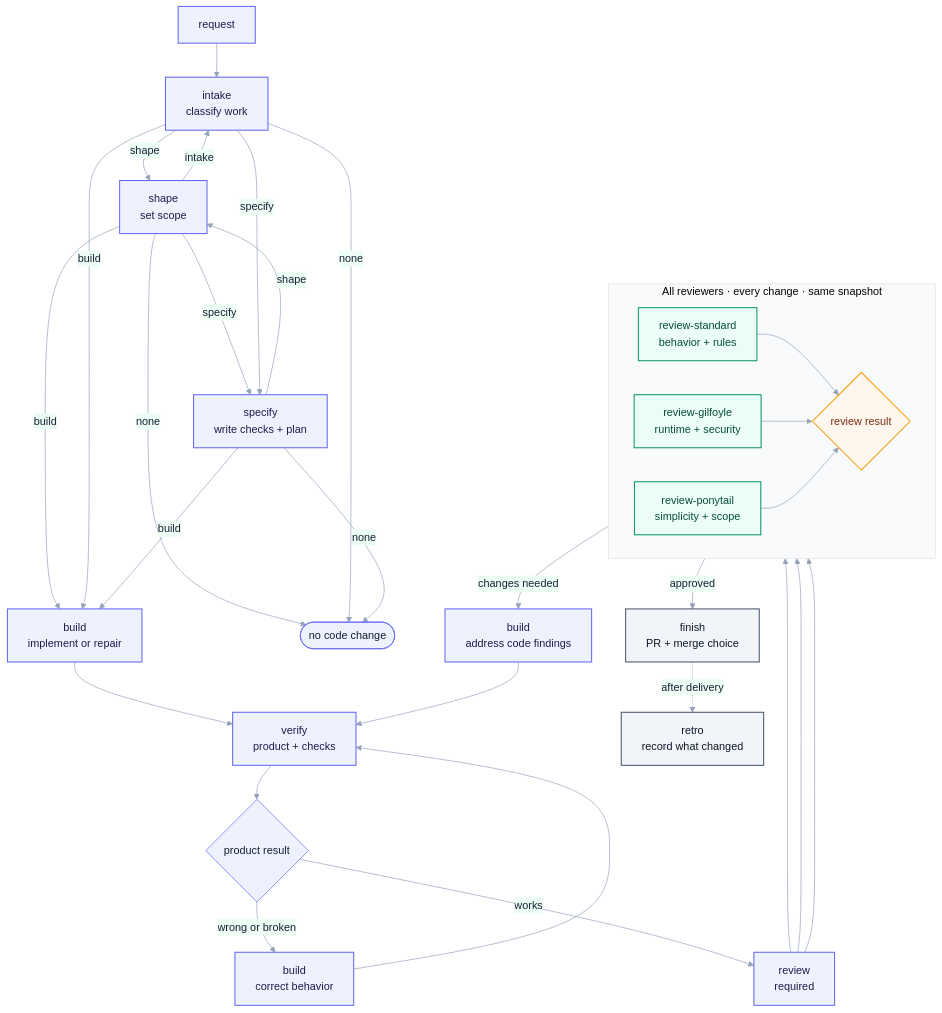
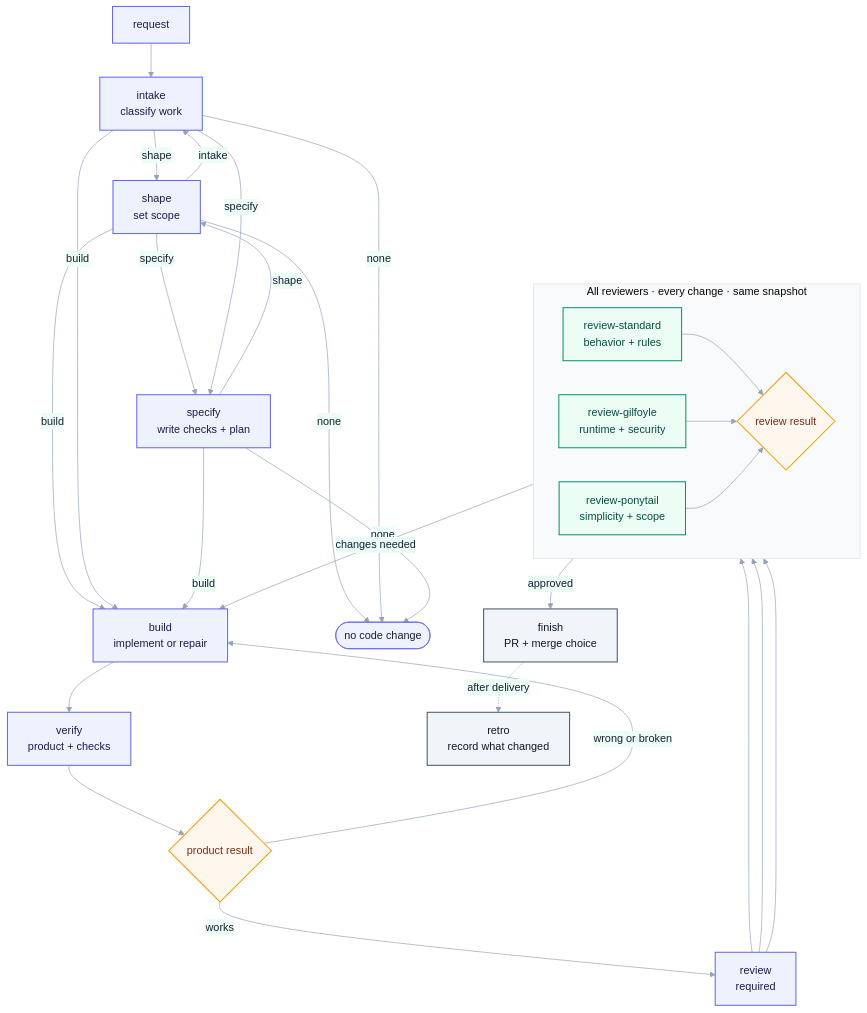
One commit to Igloczek/skills changed the second of 2 diagrams in README.md. Above: the diagram before and after it, drawn with Mermaid.

Commit message:
deduplicate workflow graph nodes

````diff
--- a/README.md
+++ b/README.md
@@ -123,55 +123,53 @@
 ```mermaid
 %%{init: {"theme":"base","themeVariables":{"fontFamily":"ui-sans-serif,system-ui,sans-serif","lineColor":"#94a3b8","primaryColor":"#eef2ff","primaryTextColor":"#172033","primaryBorderColor":"#6366f1","secondaryColor":"#ecfdf5","tertiaryColor":"#f8fafc"}}}%%
 flowchart TD
     request["request"] --> intake["intake<br/>classify work"]
 
     intake -->|shape| shape["shape<br/>set scope"]
     shape -->|intake| intake
     shape -->|specify| specify["specify<br/>write checks + plan"]
     shape -->|build| build["build<br/>implement or repair"]
     shape -->|none| done(["no code change"])
 
     intake -->|specify| specify
     intake -->|build| build
     intake -->|none| done
 
     specify -->|shape| shape
     specify -->|build| build
     specify -->|none| done
 
     build --> verify["verify<br/>product + checks"]
     verify --> verify_result{"product result"}
-    verify_result -->|wrong or broken| product_rework["build<br/>correct behavior"]
-    product_rework --> verify
+    verify_result -->|wrong or broken| build
     verify_result -->|works| review["review<br/>required"]
 
     subgraph review_stage["All reviewers · every change · same snapshot"]
         direction LR
         standard_review["review-standard<br/>behavior + rules"]
         review_gilfoyle["review-gilfoyle<br/>runtime + security"]
         review_ponytail["review-ponytail<br/>simplicity + scope"]
         review_result{"review result"}
     end
 
     review --> standard_review
     review --> review_gilfoyle
     review --> review_ponytail
     standard_review --> review_result
     review_gilfoyle --> review_result
     review_ponytail --> review_result
 
     review_result -->|approved| finish["finish<br/>PR + merge choice"]
-    review_result -->|changes needed| code_rework["build<br/>address code findings"]
-    code_rework --> verify
+    review_result -->|changes needed| build
 
     finish -. after delivery .-> retro["retro<br/>record what changed"]
 
     classDef core fill:#eef2ff,stroke:#6366f1,color:#1e1b4b,stroke-width:1.5px;
     classDef review fill:#ecfdf5,stroke:#059669,color:#064e3b,stroke-width:1.5px;
     classDef decision fill:#fff7ed,stroke:#f59e0b,color:#7c2d12,stroke-width:1.5px;
     classDef terminal fill:#f1f5f9,stroke:#475569,color:#0f172a,stroke-width:1.5px;
-    class request,intake,shape,specify,build,review,product_rework,code_rework,verify core;
+    class request,intake,shape,specify,build,review,verify core;
     class standard_review,review_gilfoyle,review_ponytail review;
-    class review_result decision;
+    class verify_result,review_result decision;
     class finish,retro terminal;
 ```
````
